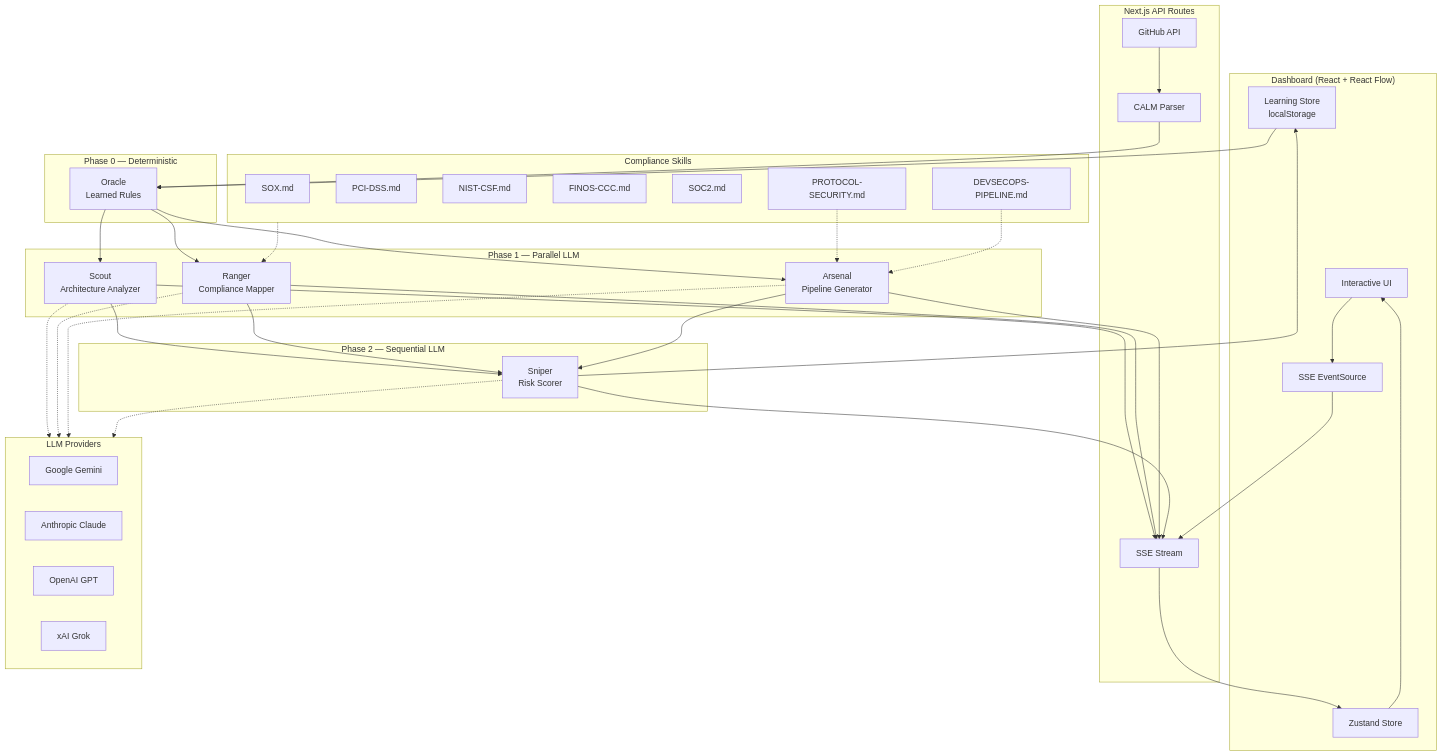
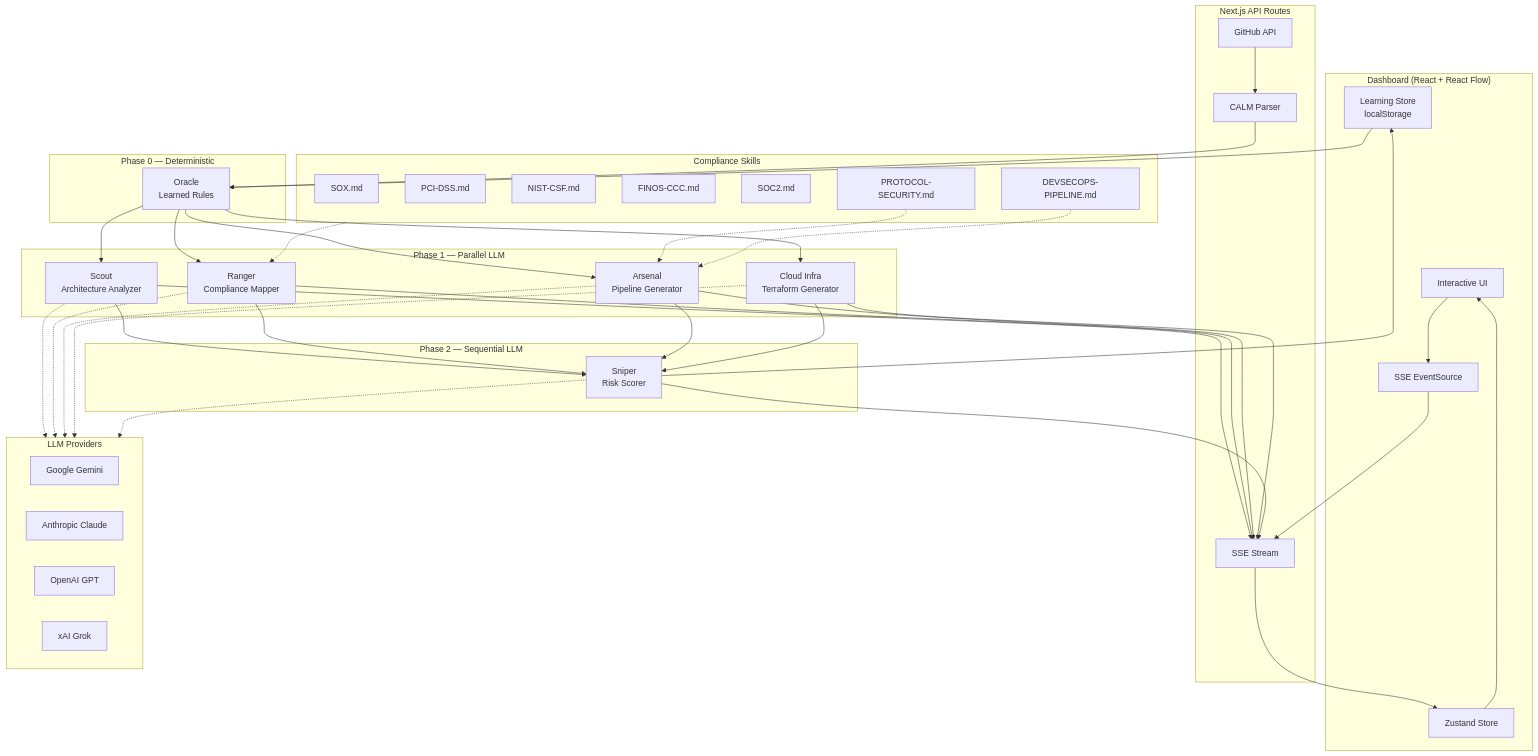
One commit to opsflo/calmguard changed the diagram in README.md. Above: the diagram before and after it, drawn with Mermaid. The commit also changed other lines of this file and 1 other file, not shown here.

First line of the commit message:
docs: add remediation before/after proof, fix architecture diagram

````diff
--- a/README.md
+++ b/README.md
@@ -98,59 +98,60 @@
 ```mermaid
 graph TB
     subgraph Client["Dashboard (React + React Flow)"]
         UI[Interactive UI]
         SSE[SSE EventSource]
         Store[Zustand Store]
         LS[Learning Store<br/>localStorage]
     end
 
     subgraph API["Next.js API Routes"]
         Parse[CALM Parser]
         Stream[SSE Stream]
         GH[GitHub API]
     end
 
     subgraph Phase0["Phase 0 — Deterministic"]
         Oracle["Oracle<br/>Learned Rules"]
     end
 
     subgraph Phase1["Phase 1 — Parallel LLM"]
         AA[Scout<br/>Architecture Analyzer]
         CM[Ranger<br/>Compliance Mapper]
         PG[Arsenal<br/>Pipeline Generator]
+        CI[Cloud Infra<br/>Terraform Generator]
     end
 
     subgraph Phase2["Phase 2 — Sequential LLM"]
         RS[Sniper<br/>Risk Scorer]
     end
 
     subgraph Skills["Compliance Skills"]
         SOX[SOX.md]
         PCI[PCI-DSS.md]
         NIST[NIST-CSF.md]
         CCC[FINOS-CCC.md]
         SOC2[SOC2.md]
         PROTO[PROTOCOL-SECURITY.md]
         DEVSEC[DEVSECOPS-PIPELINE.md]
     end
 
     subgraph Providers["LLM Providers"]
         Gemini[Google Gemini]
         Claude[Anthropic Claude]
         GPT[OpenAI GPT]
         Grok[xAI Grok]
     end
 
     UI --> SSE --> Stream
     Stream --> Store --> UI
     GH --> Parse
     LS --> Oracle
-    Parse --> Oracle --> AA & CM & PG
-    AA & CM & PG --> RS
+    Parse --> Oracle --> AA & CM & PG & CI
+    AA & CM & PG & CI --> RS
     Skills -.-> CM
     PROTO -.-> PG
     DEVSEC -.-> PG
-    AA & CM & PG & RS -.-> Providers
-    AA & CM & PG & RS --> Stream
+    AA & CM & PG & CI & RS -.-> Providers
+    AA & CM & PG & CI & RS --> Stream
     RS --> LS
 ```
````
